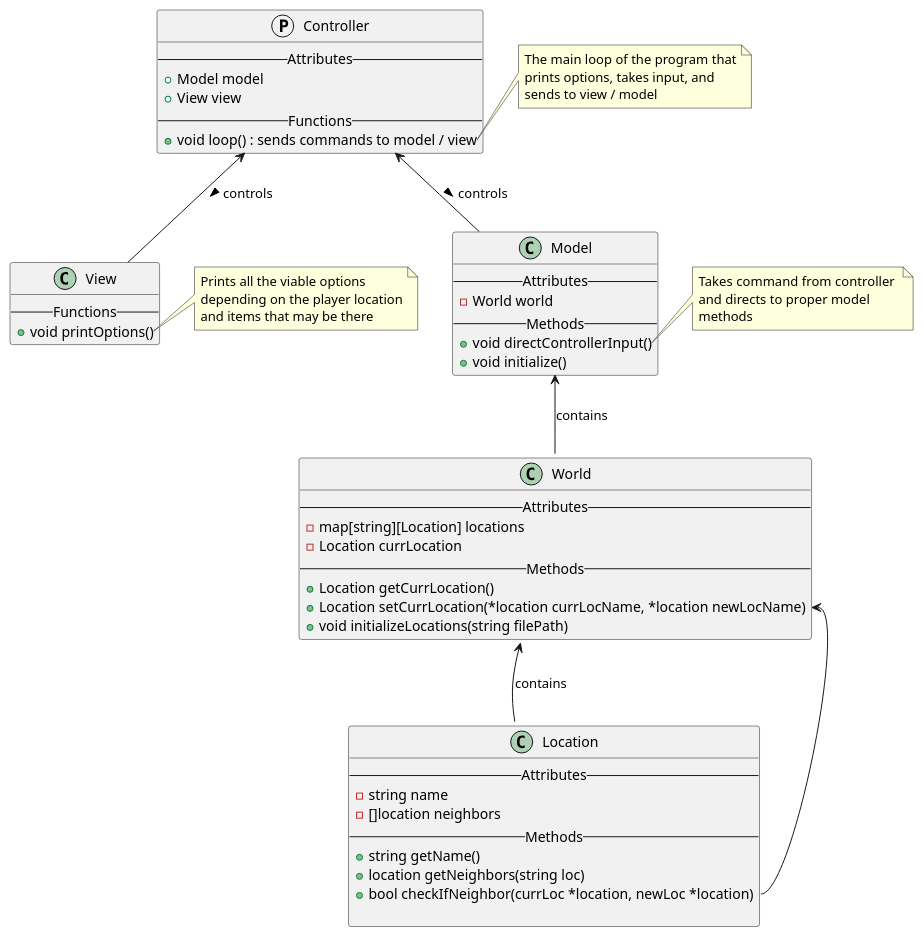
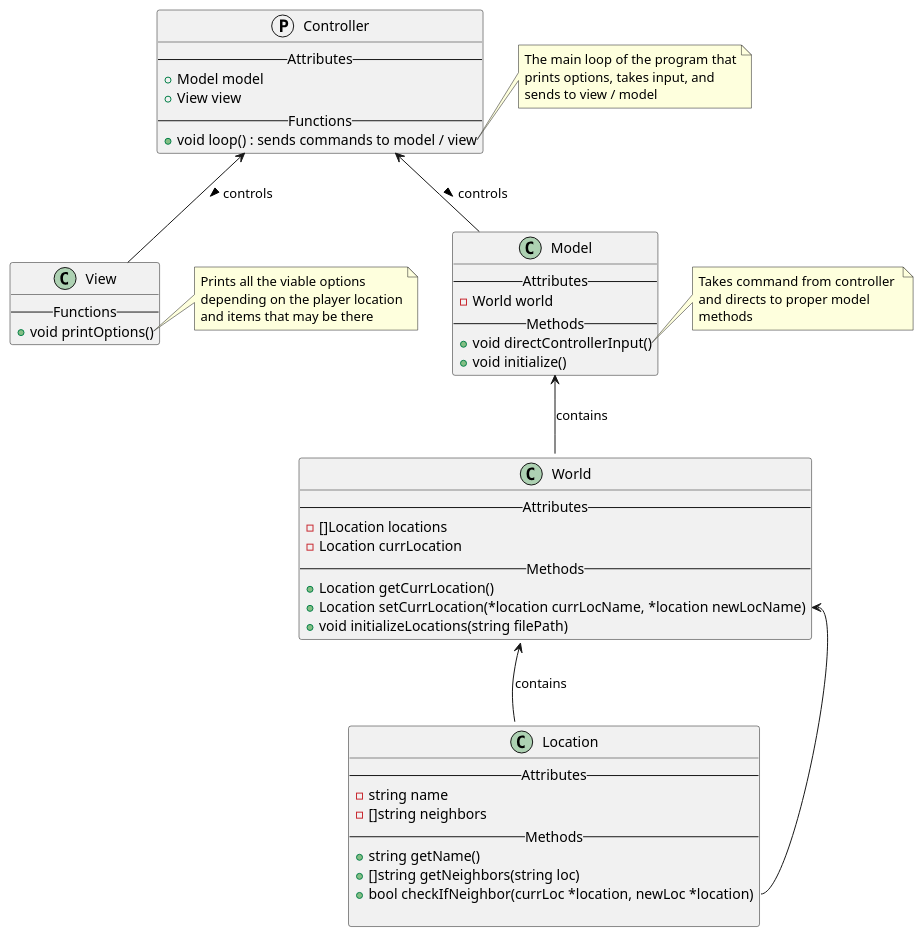
One commit to Charlemagne44/GoAdventure changed the diagram in diagram.puml. Above: the diagram before and after it, drawn with PlantUML. The commit also changed 2 other files, not shown here.

Commit message:
Redo location neighbors to contain strings of name

```diff
--- a/diagram.puml
+++ b/diagram.puml
@@ -1,69 +1,69 @@
 @startuml class_diagram
 protocol   Controller {
     --Attributes--
     + Model model
     + View view
     --Functions--
     + void loop() : sends commands to model / view
 }
 note right of Controller::loop
     The main loop of the program that
     prints options, takes input, and
     sends to view / model
 end note
 class   View {
     --Functions--
     + void printOptions()
 }
 note right of View::printOptions
     Prints all the viable options
     depending on the player location
     and items that may be there
 end note
 class   Model {
     --Attributes--
     - World world
     --Methods--
     + void directControllerInput()
     + void initialize()
 }
 note right of Model::directControllerInput
     Takes command from controller 
     and directs to proper model
     methods
 end note
 
 class World {
     --Attributes--
-    - map[string][Location] locations
+    - []Location locations
     - Location currLocation
     --Methods--
     + Location getCurrLocation()
     + Location setCurrLocation(*location currLocName, *location newLocName)
     /'- void createLocation(string filename)'/
     + void initializeLocations(string filePath)
 }
 note right of World::createLocations
     Takes JSON input to create locations
     for the worlds to be used
 end note
 
 class Location {
     --Attributes--
     - string name 
-    - []location neighbors
+    - []string neighbors
     --Methods--
     + string getName()
-    + location getNeighbors(string loc)
+    + []string getNeighbors(string loc)
     + bool checkIfNeighbor(currLoc *location, newLoc *location)
 
 }
 
 Controller <-- Model : controls >
 Controller <-- View : controls >
 Model <-- World : contains
 World <-- Location : contains
 World::setCurrLocation <-- Location::checkIfNeighbor
 
 
 @enduml
```
